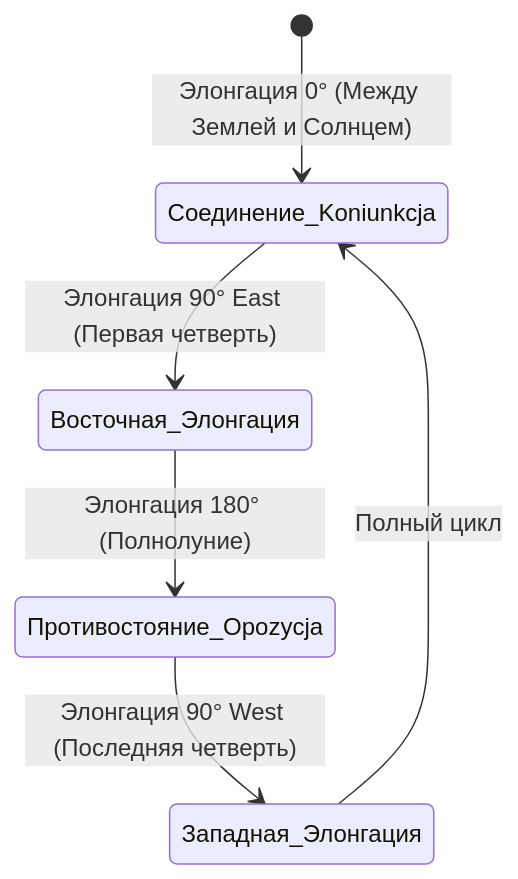
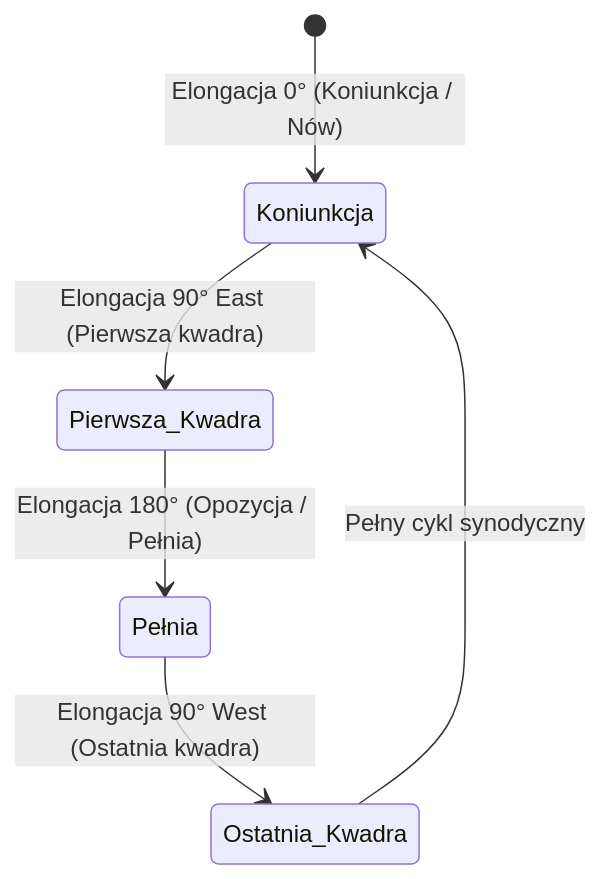
The second of 5 diagrams in Tema_01_Układ_Słoneczny_Ziemia_Księżyc.md (OksanaBukina/astronomia), drawn with Mermaid before and after one commit. The commit also changed other lines of this file and 1 other file, not shown here.

Commit message:
Refine textbook: exact solar mass digits, Polish diagram labels, math variables descriptions, move answers to Section 18

````diff
--- a/Tema_01_Układ_Słoneczny_Ziemia_Księżyc.md
+++ b/Tema_01_Układ_Słoneczny_Ziemia_Księżyc.md
@@ -228,8 +229,8 @@
 ```mermaid
 stateDiagram-v2
-    [*] --> Соединение_Koniunkcja: Элонгация 0° (Между Землей и Солнцем)
-    Соединение_Koniunkcja --> Восточная_Элонгация: Элонгация 90° East (Первая четверть)
-    Восточная_Элонгация --> Противостояние_Opozycja: Элонгация 180° (Полнолуние)
-    Противостояние_Opozycja --> Западная_Элонгация: Элонгация 90° West (Последняя четверть)
-    Западная_Элонгация --> Соединение_Koniunkcja: Полный цикл
+    [*] --> Koniunkcja: Elongacja 0° (Koniunkcja / Nów)
+    Koniunkcja --> Pierwsza_Kwadra: Elongacja 90° East (Pierwsza kwadra)
+    Pierwsza_Kwadra --> Pełnia: Elongacja 180° (Opozycja / Pełnia)
+    Pełnia --> Ostatnia_Kwadra: Elongacja 90° West (Ostatnia kwadra)
+    Ostatnia_Kwadra --> Koniunkcja: Pełny cykl synodyczny
 ```
````
